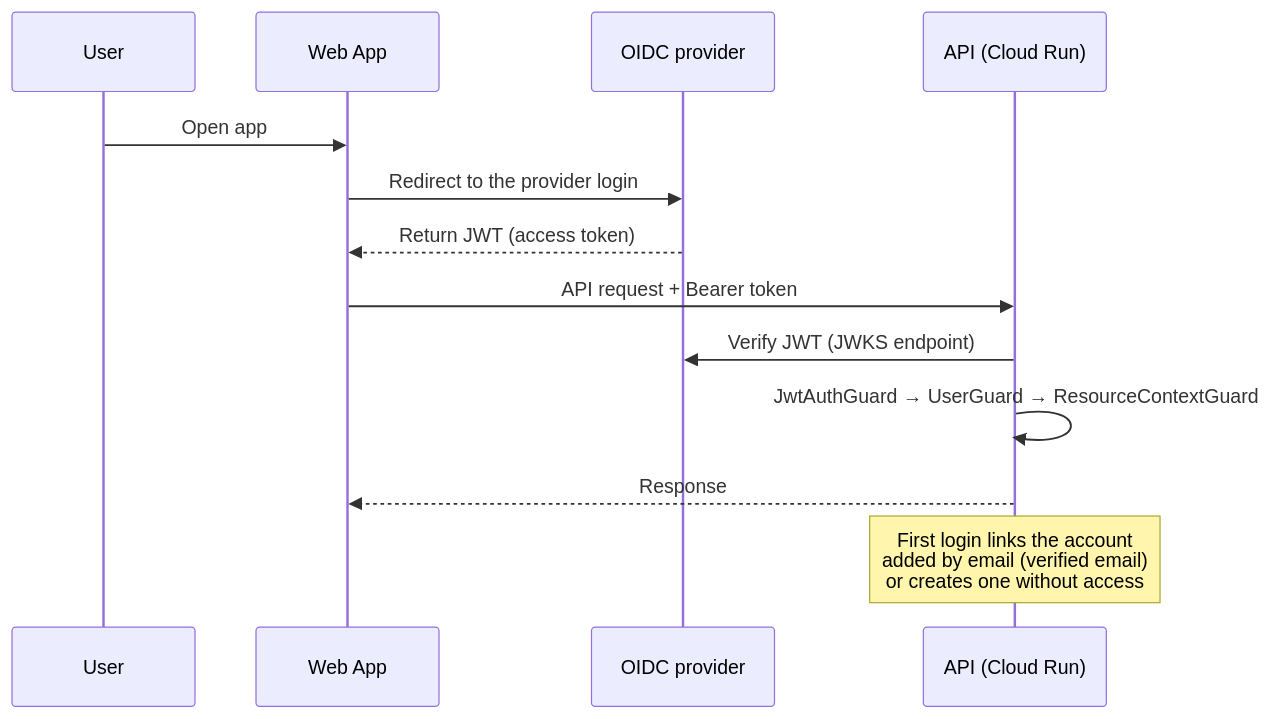
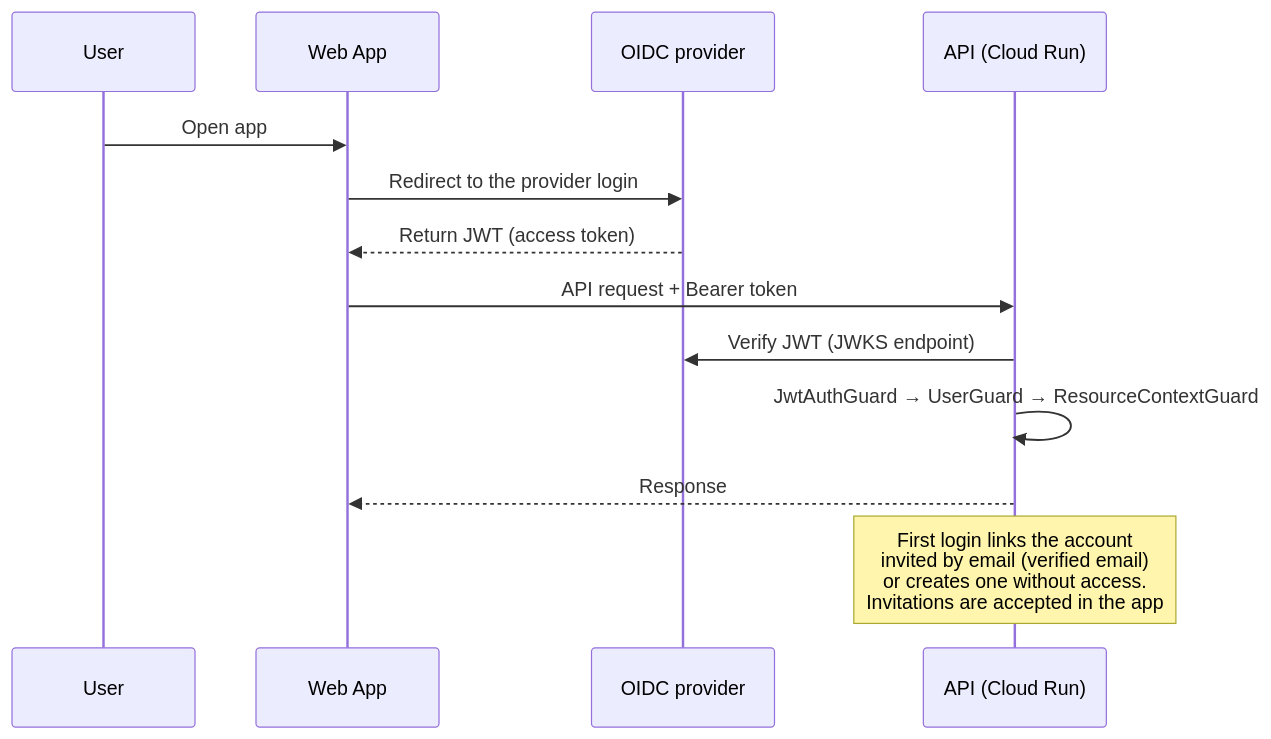
The second of 3 diagrams in docs/architecture.md (bayesimpact/bayes-platform), drawn with Mermaid before and after one commit. The commit also changed 136 other files, not shown here.

First line of the commit message:
feat: invite people by email and let them accept in the app

````diff
--- a/docs/architecture.md
+++ b/docs/architecture.md
@@ -137,16 +137,16 @@
 ```mermaid
 sequenceDiagram
     participant U as User
     participant W as Web App
     participant A as OIDC provider
     participant API as API (Cloud Run)
 
     U->>W: Open app
     W->>A: Redirect to the provider login
     A-->>W: Return JWT (access token)
     W->>API: API request + Bearer token
     API->>A: Verify JWT (JWKS endpoint)
     API->>API: JwtAuthGuard → UserGuard → ResourceContextGuard
     API-->>W: Response
-    Note over API: First login links the account<br/>added by email (verified email)<br/>or creates one without access
+    Note over API: First login links the account<br/>invited by email (verified email)<br/>or creates one without access.<br/>Invitations are accepted in the app
 ```
````
